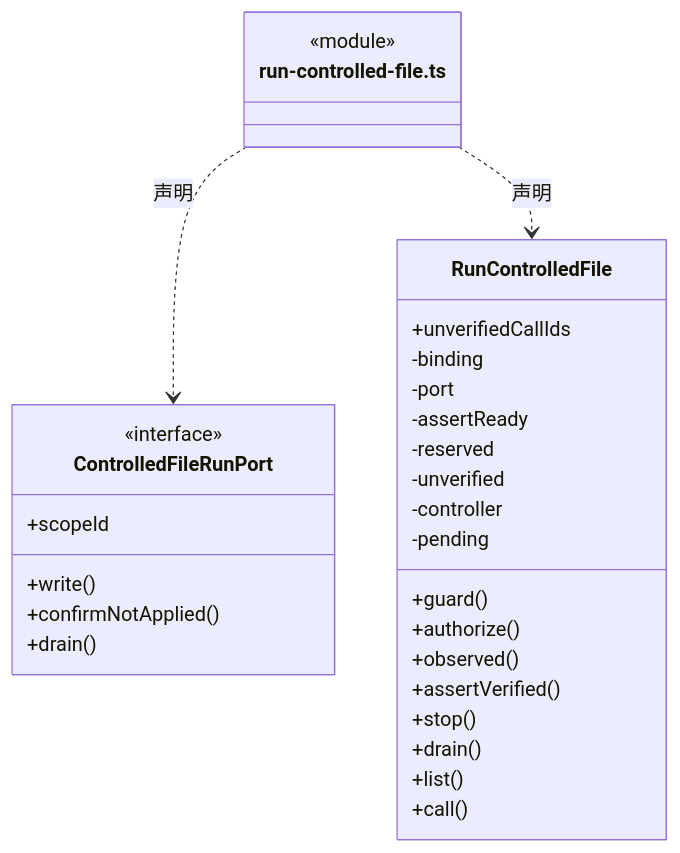
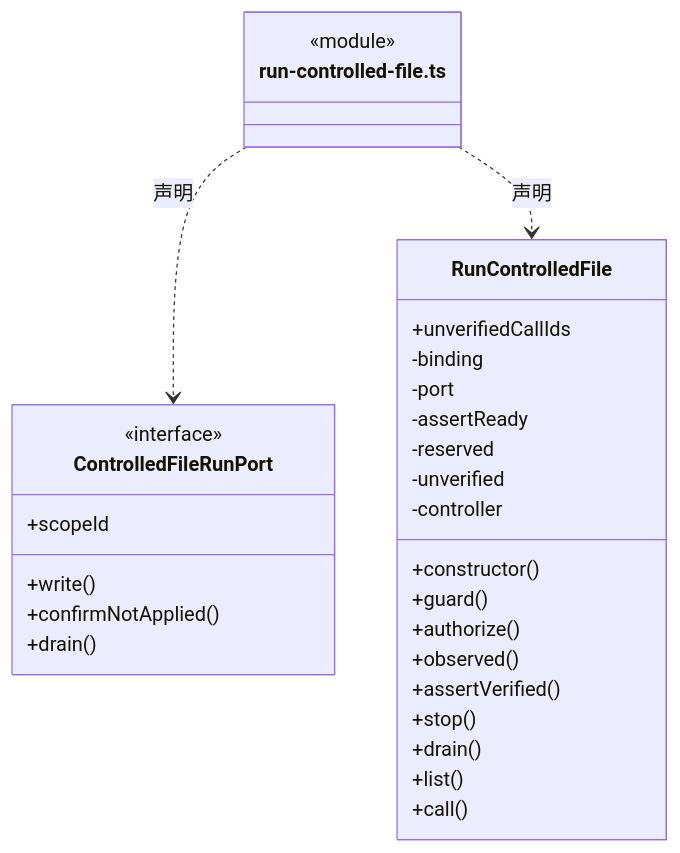
Diagram 11 of 18 in src/logic/execution/rules/capabilities/ARCHITECTURE.md (nan023062/cbim), drawn with Mermaid before and after one commit. The commit also changed other lines of this file and 139 other files, not shown here.

Commit message:
docs(architecture): add source reading paths and complete file inventories

````diff
--- a/src/logic/execution/rules/capabilities/ARCHITECTURE.md
+++ b/src/logic/execution/rules/capabilities/ARCHITECTURE.md
@@ -289,33 +298,33 @@
 ```mermaid
 classDiagram
 class N_src_logic_execution_rules_capabilities_run_controlled_file_ts["run-controlled-file.ts"] {
   <<module>>
 }
 class N_src_logic_execution_rules_capabilities_run_controlled_file_ts_ControlledFileRunPort["ControlledFileRunPort"] {
   <<interface>>
   +scopeId
   +write()
   +confirmNotApplied()
   +drain()
 }
 N_src_logic_execution_rules_capabilities_run_controlled_file_ts ..> N_src_logic_execution_rules_capabilities_run_controlled_file_ts_ControlledFileRunPort : 声明
 class N_src_logic_execution_rules_capabilities_run_controlled_file_ts_RunControlledFile["RunControlledFile"] {
+  +constructor()
   +guard()
   +authorize()
   +observed()
   +unverifiedCallIds
   +assertVerified()
   +stop()
   +drain()
   +list()
   +call()
   -binding
   -port
   -assertReady
   -reserved
   -unverified
   -controller
-  -pending
 }
 N_src_logic_execution_rules_capabilities_run_controlled_file_ts ..> N_src_logic_execution_rules_capabilities_run_controlled_file_ts_RunControlledFile : 声明
 ```
````
